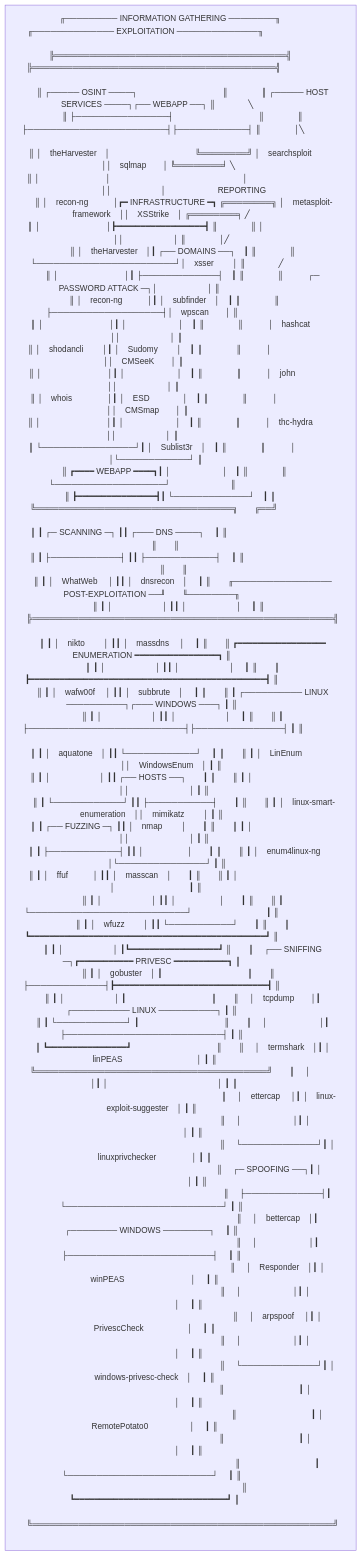
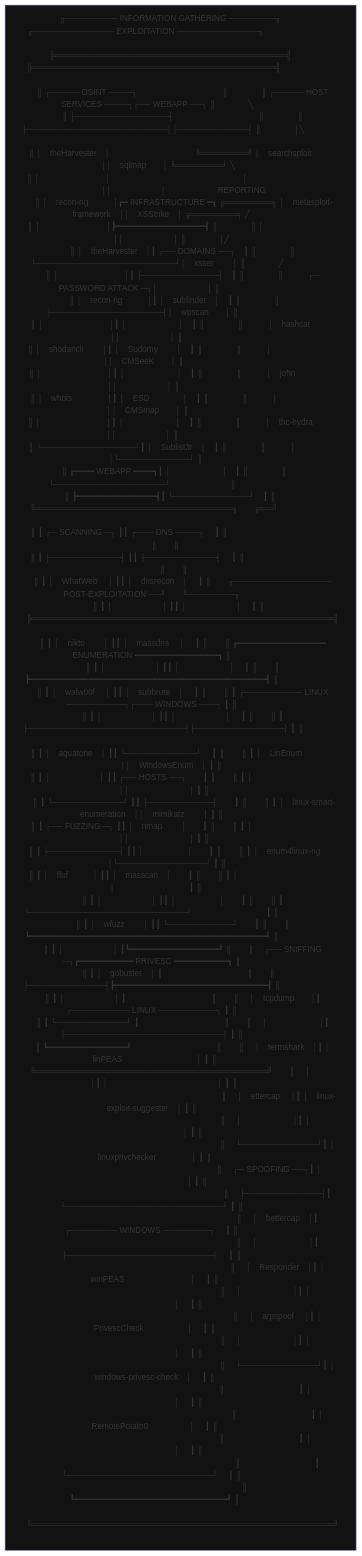
The diagram in README.md (Skalyaeve/a-process), drawn with Mermaid before and after one commit.

````diff
--- a/README.md
+++ b/README.md
@@ -1,64 +1,65 @@
 ```mermaid
 graph TD
 main[
 ⠀╓───────── INFORMATION GATHERING ────────╖ ⠀ ⠀ ⠀ ⠀╓────────────── EXPLOITATION ──────────────╖ ⠀ ⠀ ⠀ ⠀ ⠀ ⠀ ⠀ ⠀ ⠀ ⠀
 ⠀╠════════════════════════════════════════╣ ⠀ ⠀ ⠀ ⠀╠══════════════════════════════════════════╣ ⠀ ⠀ ⠀ ⠀ ⠀ ⠀ ⠀ ⠀ ⠀ ⠀
 ⠀║ ┌───── OSINT ────┐ ⠀ ⠀ ⠀ ⠀ ⠀ ⠀ ⠀ ⠀ ⠀ ⠀ ║ ⠀ ⠀ ⠀ ⠀║ ┌───── HOST SERVICES ────┐┌── WEBAPP ──┐ ║ ⠀ ⠀ ⠀ ⠀╲⠀ ⠀ ⠀ ⠀ ⠀ ⠀
 ⠀║ ├────────────────┤ ⠀ ⠀ ⠀ ⠀ ⠀ ⠀ ⠀ ⠀ ⠀ ⠀ ║ ⠀ ⠀ ⠀ ⠀║ ├────────────────────────┤├────────────┤ ║ ⠀ ⠀ ⠀ ⠀│╲ ⠀ ⠀ ⠀ ⠀ ⠀
 ⠀║ │ ⠀theHarvester ⠀│ ⠀ ⠀ ⠀ ⠀ ⠀ ⠀ ⠀ ⠀ ⠀ ⠀ ╚════════╝ │ ⠀searchsploit ⠀ ⠀ ⠀ ⠀ ⠀││ ⠀sqlmap ⠀ ⠀│ ╚════════╛ ╲⠀ ⠀ ⠀ ⠀ ⠀
 ⠀║ │ ⠀ ⠀ ⠀ ⠀ ⠀ ⠀ ⠀ ⠀│ ⠀ ⠀ ⠀ ⠀ ⠀ ⠀ ⠀ ⠀ ⠀ ⠀ ⠀ ⠀ ⠀ ⠀ ⠀ ⠀│ ⠀ ⠀ ⠀ ⠀ ⠀ ⠀ ⠀ ⠀ ⠀ ⠀ ⠀ ⠀││ ⠀ ⠀ ⠀ ⠀ ⠀ ⠀│ ⠀ ⠀ ⠀ ⠀ ⠀ ⠀ REPORTING
 ⠀║ │ ⠀recon-ng ⠀ ⠀ ⠀│┏━ INFRASTRUCTURE ━┓ ╔════════╗ │ ⠀metasploit-framework ⠀││ ⠀XSStrike ⠀│ ╔════════╕ ╱⠀ ⠀ ⠀ ⠀ ⠀
 ⠀║ │ ⠀ ⠀ ⠀ ⠀ ⠀ ⠀ ⠀ ⠀│┣━━━━━━━━━━━━━━━━━━┫ ║ ⠀ ⠀ ⠀ ⠀║ │ ⠀ ⠀ ⠀ ⠀ ⠀ ⠀ ⠀ ⠀ ⠀ ⠀ ⠀ ⠀││ ⠀ ⠀ ⠀ ⠀ ⠀ ⠀│ ║ ⠀ ⠀ ⠀ ⠀│╱ ⠀ ⠀ ⠀ ⠀ ⠀
 ⠀║ │ ⠀theHarvester ⠀│┃ ┌── DOMAINS ──┐ ⠀┃ ║ ⠀ ⠀ ⠀ ⠀║ └────────────────────────┘│ ⠀xsser ⠀ ⠀ │ ║ ⠀ ⠀ ⠀ ⠀╱⠀ ⠀ ⠀ ⠀ ⠀ ⠀
 ⠀║ │ ⠀ ⠀ ⠀ ⠀ ⠀ ⠀ ⠀ ⠀│┃ ├─────────────┤ ⠀┃ ║ ⠀ ⠀ ⠀ ⠀║ ⠀ ⠀ ⠀┌─ PASSWORD ATTACK ─┐│ ⠀ ⠀ ⠀ ⠀ ⠀ ⠀│ ║ ⠀ ⠀ ⠀ ⠀ ⠀ ⠀ ⠀ ⠀ ⠀ ⠀
 ⠀║ │ ⠀recon-ng ⠀ ⠀ ⠀│┃ │ ⠀subfinder ⠀│ ⠀┃ ║ ⠀ ⠀ ⠀ ⠀║ ⠀ ⠀ ⠀├───────────────────┤│ ⠀wpscan ⠀ ⠀│ ║ ⠀ ⠀ ⠀ ⠀ ⠀ ⠀ ⠀ ⠀ ⠀ ⠀
 ⠀║ │ ⠀ ⠀ ⠀ ⠀ ⠀ ⠀ ⠀ ⠀│┃ │ ⠀ ⠀ ⠀ ⠀ ⠀ ⠀ │ ⠀┃ ║ ⠀ ⠀ ⠀ ⠀║ ⠀ ⠀ ⠀│ ⠀hashcat ⠀ ⠀ ⠀ ⠀ ⠀││ ⠀ ⠀ ⠀ ⠀ ⠀ ⠀│ ║ ⠀ ⠀ ⠀ ⠀ ⠀ ⠀ ⠀ ⠀ ⠀ ⠀
 ⠀║ │ ⠀shodancli ⠀ ⠀ │┃ │ ⠀Sudomy ⠀ ⠀ │ ⠀┃ ║ ⠀ ⠀ ⠀ ⠀║ ⠀ ⠀ ⠀│ ⠀ ⠀ ⠀ ⠀ ⠀ ⠀ ⠀ ⠀ ⠀ ││ ⠀CMSeeK ⠀ ⠀│ ║ ⠀ ⠀ ⠀ ⠀ ⠀ ⠀ ⠀ ⠀ ⠀ ⠀
 ⠀║ │ ⠀ ⠀ ⠀ ⠀ ⠀ ⠀ ⠀ ⠀│┃ │ ⠀ ⠀ ⠀ ⠀ ⠀ ⠀ │ ⠀┃ ║ ⠀ ⠀ ⠀ ⠀║ ⠀ ⠀ ⠀│ ⠀john ⠀ ⠀ ⠀ ⠀ ⠀ ⠀ ││ ⠀ ⠀ ⠀ ⠀ ⠀ ⠀│ ║ ⠀ ⠀ ⠀ ⠀ ⠀ ⠀ ⠀ ⠀ ⠀ ⠀
 ⠀║ │ ⠀whois ⠀ ⠀ ⠀ ⠀ │┃ │ ⠀ESD ⠀ ⠀ ⠀ ⠀│ ⠀┃ ║ ⠀ ⠀ ⠀ ⠀║ ⠀ ⠀ ⠀│ ⠀ ⠀ ⠀ ⠀ ⠀ ⠀ ⠀ ⠀ ⠀ ││ ⠀CMSmap ⠀ ⠀│ ║ ⠀ ⠀ ⠀ ⠀ ⠀ ⠀ ⠀ ⠀ ⠀ ⠀
 ⠀║ │ ⠀ ⠀ ⠀ ⠀ ⠀ ⠀ ⠀ ⠀│┃ │ ⠀ ⠀ ⠀ ⠀ ⠀ ⠀ │ ⠀┃ ║ ⠀ ⠀ ⠀ ⠀║ ⠀ ⠀ ⠀│ ⠀thc-hydra ⠀ ⠀ ⠀ ⠀││ ⠀ ⠀ ⠀ ⠀ ⠀ ⠀│ ║ ⠀ ⠀ ⠀ ⠀ ⠀ ⠀ ⠀ ⠀ ⠀ ⠀
 ⠀║ └────────────────┘┃ │ ⠀Sublist3r ⠀│ ⠀┃ ║ ⠀ ⠀ ⠀ ⠀║ ⠀ ⠀ ⠀│ ⠀ ⠀ ⠀ ⠀ ⠀ ⠀ ⠀ ⠀ ⠀ │└────────────┘ ║ ⠀ ⠀ ⠀ ⠀ ⠀ ⠀ ⠀ ⠀ ⠀ ⠀
 ⠀║ ┏━━━━ WEBAPP ━━━━┓┃ │ ⠀ ⠀ ⠀ ⠀ ⠀ ⠀ │ ⠀┃ ║ ⠀ ⠀ ⠀ ⠀║ ⠀ ⠀ ⠀└───────────────────┘ ⠀ ⠀ ⠀ ⠀ ⠀ ⠀ ⠀ ║ ⠀ ⠀ ⠀ ⠀ ⠀ ⠀ ⠀ ⠀ ⠀ ⠀
 ⠀║ ┣━━━━━━━━━━━━━━━━┫┃ └─────────────┘ ⠀┃ ║ ⠀ ⠀ ⠀ ⠀╚══════════════════════════════════╗ ⠀ ⠀╔══╝ ⠀ ⠀ ⠀ ⠀ ⠀ ⠀ ⠀ ⠀ ⠀ ⠀
 ⠀║ ┃ ┌─ SCANNING ─┐ ┃┃ ┌─── DNS ────┐ ⠀ ┃ ║ ⠀ ⠀ ⠀ ⠀ ⠀ ⠀ ⠀ ⠀ ⠀ ⠀ ⠀ ⠀ ⠀ ⠀ ⠀ ⠀ ⠀ ⠀ ⠀ ⠀ ⠀ ║ ⠀ ⠀║⠀ ⠀ ⠀ ⠀ ⠀ ⠀ ⠀ ⠀ ⠀ ⠀ ⠀ ⠀
 ⠀║ ┃ ├────────────┤ ┃┃ ├────────────┤ ⠀ ┃ ║ ⠀ ⠀ ⠀ ⠀ ⠀ ⠀ ⠀ ⠀ ⠀ ⠀ ⠀ ⠀ ⠀ ⠀ ⠀ ⠀ ⠀ ⠀ ⠀ ⠀ ⠀ ║ ⠀ ⠀║⠀ ⠀ ⠀ ⠀ ⠀ ⠀ ⠀ ⠀ ⠀ ⠀ ⠀ ⠀
 ⠀║ ┃ │ ⠀WhatWeb ⠀ │ ┃┃ │ ⠀dnsrecon ⠀│ ⠀ ┃ ║ ⠀ ⠀╓───────────────── POST-EXPLOITATION ──╜ ⠀ ⠀╙────────╖ ⠀ ⠀ ⠀ ⠀ ⠀ ⠀ ⠀
 ⠀║ ┃ │ ⠀ ⠀ ⠀ ⠀ ⠀ ⠀│ ┃┃ │ ⠀ ⠀ ⠀ ⠀ ⠀ ⠀│ ⠀ ┃ ║ ⠀ ⠀╠════════════════════════════════════════════════════╣ ⠀ ⠀ ⠀ ⠀ ⠀ ⠀ ⠀
 ⠀║ ┃ │ ⠀nikto ⠀ ⠀ │ ┃┃ │ ⠀massdns ⠀ │ ⠀ ┃ ║ ⠀ ⠀║ ┏━━━━━━━━━━━━━━━━━━ ENUMERATION ━━━━━━━━━━━━━━━━━┓ ║ ⠀ ⠀ ⠀ ⠀ ⠀ ⠀ ⠀
 ⠀║ ┃ │ ⠀ ⠀ ⠀ ⠀ ⠀ ⠀│ ┃┃ │ ⠀ ⠀ ⠀ ⠀ ⠀ ⠀│ ⠀ ┃ ║ ⠀ ⠀║ ┣━━━━━━━━━━━━━━━━━━━━━━━━━━━━━━━━━━━━━━━━━━━━━━━━┫ ║ ⠀ ⠀ ⠀ ⠀ ⠀ ⠀ ⠀
 ⠀║ ┃ │ ⠀wafw00f ⠀ │ ┃┃ │ ⠀subbrute ⠀│ ⠀ ┃ ║ ⠀ ⠀║ ┃ ┌────────── LINUX ──────────┐┌─── WINDOWS ───┐ ┃ ║ ⠀ ⠀ ⠀ ⠀ ⠀ ⠀ ⠀
 ⠀║ ┃ │ ⠀ ⠀ ⠀ ⠀ ⠀ ⠀│ ┃┃ │ ⠀ ⠀ ⠀ ⠀ ⠀ ⠀│ ⠀ ┃ ║ ⠀ ⠀║ ┃ ├───────────────────────────┤├───────────────┤ ┃ ║ ⠀ ⠀ ⠀ ⠀ ⠀ ⠀ ⠀
 ⠀║ ┃ │ ⠀aquatone ⠀│ ┃┃ └────────────┘ ⠀ ┃ ║ ⠀ ⠀║ ┃ │ ⠀LinEnum ⠀ ⠀ ⠀ ⠀ ⠀ ⠀ ⠀ ⠀ ⠀││ ⠀WindowsEnum ⠀│ ┃ ║ ⠀ ⠀ ⠀ ⠀ ⠀ ⠀ ⠀
 ⠀║ ┃ │ ⠀ ⠀ ⠀ ⠀ ⠀ ⠀│ ┃┃ ┌── HOSTS ──┐ ⠀ ⠀┃ ║ ⠀ ⠀║ ┃ │ ⠀ ⠀ ⠀ ⠀ ⠀ ⠀ ⠀ ⠀ ⠀ ⠀ ⠀ ⠀ ⠀ ││ ⠀ ⠀ ⠀ ⠀ ⠀ ⠀ ⠀ │ ┃ ║ ⠀ ⠀ ⠀ ⠀ ⠀ ⠀ ⠀
 ⠀║ ┃ └────────────┘ ┃┃ ├───────────┤ ⠀ ⠀┃ ║ ⠀ ⠀║ ┃ │ ⠀linux-smart-enumeration ⠀││ ⠀mimikatz ⠀ ⠀ │ ┃ ║ ⠀ ⠀ ⠀ ⠀ ⠀ ⠀ ⠀
 ⠀║ ┃ ┌── FUZZING ─┐ ┃┃ │ ⠀nmap ⠀ ⠀ │ ⠀ ⠀┃ ║ ⠀ ⠀║ ┃ │ ⠀ ⠀ ⠀ ⠀ ⠀ ⠀ ⠀ ⠀ ⠀ ⠀ ⠀ ⠀ ⠀ ││ ⠀ ⠀ ⠀ ⠀ ⠀ ⠀ ⠀ │ ┃ ║ ⠀ ⠀ ⠀ ⠀ ⠀ ⠀ ⠀
 ⠀║ ┃ ├────────────┤ ┃┃ │ ⠀ ⠀ ⠀ ⠀ ⠀ │ ⠀ ⠀┃ ║ ⠀ ⠀║ ┃ │ ⠀enum4linux-ng ⠀ ⠀ ⠀ ⠀ ⠀ ⠀│└───────────────┘ ┃ ║ ⠀ ⠀ ⠀ ⠀ ⠀ ⠀ ⠀
 ⠀║ ┃ │ ⠀ffuf ⠀ ⠀ ⠀│ ┃┃ │ ⠀masscan ⠀│ ⠀ ⠀┃ ║ ⠀ ⠀║ ┃ │ ⠀ ⠀ ⠀ ⠀ ⠀ ⠀ ⠀ ⠀ ⠀ ⠀ ⠀ ⠀ ⠀ │ ⠀ ⠀ ⠀ ⠀ ⠀ ⠀ ⠀ ⠀ ⠀┃ ║ ⠀ ⠀ ⠀ ⠀ ⠀ ⠀ ⠀
 ⠀║ ┃ │ ⠀ ⠀ ⠀ ⠀ ⠀ ⠀│ ┃┃ │ ⠀ ⠀ ⠀ ⠀ ⠀ │ ⠀ ⠀┃ ║ ⠀ ⠀║ ┃ └───────────────────────────┘ ⠀ ⠀ ⠀ ⠀ ⠀ ⠀ ⠀ ⠀ ⠀┃ ║ ⠀ ⠀ ⠀ ⠀ ⠀ ⠀ ⠀
 ⠀║ ┃ │ ⠀wfuzz ⠀ ⠀ │ ┃┃ └───────────┘ ⠀ ⠀┃ ║ ⠀ ⠀║ ┗━━━━━━━━━━━━━━━━━━━━━━━━━━━━━━━━━━━━━━━━━━━━━━━━┛ ║ ⠀ ⠀ ⠀ ⠀ ⠀ ⠀ ⠀
 ⠀║ ┃ │ ⠀ ⠀ ⠀ ⠀ ⠀ ⠀│ ┃┗━━━━━━━━━━━━━━━━━━┛ ║ ⠀ ⠀║ ⠀ ┌── SNIFFING ─┐┏━━━━━━━━━━━ PRIVESC ━━━━━━━━━━━┓ ║ ⠀ ⠀ ⠀ ⠀ ⠀ ⠀ ⠀
 ⠀║ ┃ │ ⠀gobuster ⠀│ ┃ ⠀ ⠀ ⠀ ⠀ ⠀ ⠀ ⠀ ⠀ ⠀ ⠀ ║ ⠀ ⠀║ ⠀ ├─────────────┤┣━━━━━━━━━━━━━━━━━━━━━━━━━━━━━━━┫ ║ ⠀ ⠀ ⠀ ⠀ ⠀ ⠀ ⠀
 ⠀║ ┃ │ ⠀ ⠀ ⠀ ⠀ ⠀ ⠀│ ┃ ⠀ ⠀ ⠀ ⠀ ⠀ ⠀ ⠀ ⠀ ⠀ ⠀ ║ ⠀ ⠀║ ⠀ │ ⠀tcpdump ⠀ ⠀│┃ ┌────────── LINUX ──────────┐ ┃ ║ ⠀ ⠀ ⠀ ⠀ ⠀ ⠀ ⠀
 ⠀║ ┃ └────────────┘ ┃ ⠀ ⠀ ⠀ ⠀ ⠀ ⠀ ⠀ ⠀ ⠀ ⠀ ║ ⠀ ⠀║ ⠀ │ ⠀ ⠀ ⠀ ⠀ ⠀ ⠀ │┃ ├───────────────────────────┤ ┃ ║ ⠀ ⠀ ⠀ ⠀ ⠀ ⠀ ⠀
 ⠀║ ┗━━━━━━━━━━━━━━━━┛ ⠀ ⠀ ⠀ ⠀ ⠀ ⠀ ⠀ ⠀ ⠀ ⠀ ║ ⠀ ⠀║ ⠀ │ ⠀termshark ⠀│┃ │ ⠀linPEAS ⠀ ⠀ ⠀ ⠀ ⠀ ⠀ ⠀ ⠀ ⠀│ ┃ ║ ⠀ ⠀ ⠀ ⠀ ⠀ ⠀ ⠀
 ⠀╚════════════════════════════════════════╝ ⠀ ⠀║ ⠀ │ ⠀ ⠀ ⠀ ⠀ ⠀ ⠀ │┃ │ ⠀ ⠀ ⠀ ⠀ ⠀ ⠀ ⠀ ⠀ ⠀ ⠀ ⠀ ⠀ ⠀ │ ┃ ║ ⠀ ⠀ ⠀ ⠀ ⠀ ⠀ ⠀
 ⠀ ⠀ ⠀ ⠀ ⠀ ⠀ ⠀ ⠀ ⠀ ⠀ ⠀ ⠀ ⠀ ⠀ ⠀ ⠀ ⠀ ⠀ ⠀ ⠀ ⠀ ⠀ ⠀ ⠀║ ⠀ │ ⠀ettercap ⠀ │┃ │ ⠀linux-exploit-suggester ⠀│ ┃ ║ ⠀ ⠀ ⠀ ⠀ ⠀ ⠀ ⠀
 ⠀ ⠀ ⠀ ⠀ ⠀ ⠀ ⠀ ⠀ ⠀ ⠀ ⠀ ⠀ ⠀ ⠀ ⠀ ⠀ ⠀ ⠀ ⠀ ⠀ ⠀ ⠀ ⠀ ⠀║ ⠀ │ ⠀ ⠀ ⠀ ⠀ ⠀ ⠀ │┃ │ ⠀ ⠀ ⠀ ⠀ ⠀ ⠀ ⠀ ⠀ ⠀ ⠀ ⠀ ⠀ ⠀ │ ┃ ║ ⠀ ⠀ ⠀ ⠀ ⠀ ⠀ ⠀
 ⠀ ⠀ ⠀ ⠀ ⠀ ⠀ ⠀ ⠀ ⠀ ⠀ ⠀ ⠀ ⠀ ⠀ ⠀ ⠀ ⠀ ⠀ ⠀ ⠀ ⠀ ⠀ ⠀ ⠀║ ⠀ └─────────────┘┃ │ ⠀linuxprivchecker ⠀ ⠀ ⠀ ⠀ │ ┃ ║ ⠀ ⠀ ⠀ ⠀ ⠀ ⠀ ⠀
 ⠀ ⠀ ⠀ ⠀ ⠀ ⠀ ⠀ ⠀ ⠀ ⠀ ⠀ ⠀ ⠀ ⠀ ⠀ ⠀ ⠀ ⠀ ⠀ ⠀ ⠀ ⠀ ⠀ ⠀║ ⠀ ┌─ SPOOFING ──┐┃ │ ⠀ ⠀ ⠀ ⠀ ⠀ ⠀ ⠀ ⠀ ⠀ ⠀ ⠀ ⠀ ⠀ │ ┃ ║ ⠀ ⠀ ⠀ ⠀ ⠀ ⠀ ⠀
 ⠀ ⠀ ⠀ ⠀ ⠀ ⠀ ⠀ ⠀ ⠀ ⠀ ⠀ ⠀ ⠀ ⠀ ⠀ ⠀ ⠀ ⠀ ⠀ ⠀ ⠀ ⠀ ⠀ ⠀║ ⠀ ├─────────────┤┃ └───────────────────────────┘ ┃ ║ ⠀ ⠀ ⠀ ⠀ ⠀ ⠀ ⠀
 ⠀ ⠀ ⠀ ⠀ ⠀ ⠀ ⠀ ⠀ ⠀ ⠀ ⠀ ⠀ ⠀ ⠀ ⠀ ⠀ ⠀ ⠀ ⠀ ⠀ ⠀ ⠀ ⠀ ⠀║ ⠀ │ ⠀bettercap ⠀│┃ ┌──────── WINDOWS ────────┐ ⠀ ┃ ║ ⠀ ⠀ ⠀ ⠀ ⠀ ⠀ ⠀
 ⠀ ⠀ ⠀ ⠀ ⠀ ⠀ ⠀ ⠀ ⠀ ⠀ ⠀ ⠀ ⠀ ⠀ ⠀ ⠀ ⠀ ⠀ ⠀ ⠀ ⠀ ⠀ ⠀ ⠀║ ⠀ │ ⠀ ⠀ ⠀ ⠀ ⠀ ⠀ │┃ ├─────────────────────────┤ ⠀ ┃ ║ ⠀ ⠀ ⠀ ⠀ ⠀ ⠀ ⠀
 ⠀ ⠀ ⠀ ⠀ ⠀ ⠀ ⠀ ⠀ ⠀ ⠀ ⠀ ⠀ ⠀ ⠀ ⠀ ⠀ ⠀ ⠀ ⠀ ⠀ ⠀ ⠀ ⠀ ⠀║ ⠀ │ ⠀Responder ⠀│┃ │ ⠀winPEAS ⠀ ⠀ ⠀ ⠀ ⠀ ⠀ ⠀ ⠀│ ⠀ ┃ ║ ⠀ ⠀ ⠀ ⠀ ⠀ ⠀ ⠀
 ⠀ ⠀ ⠀ ⠀ ⠀ ⠀ ⠀ ⠀ ⠀ ⠀ ⠀ ⠀ ⠀ ⠀ ⠀ ⠀ ⠀ ⠀ ⠀ ⠀ ⠀ ⠀ ⠀ ⠀║ ⠀ │ ⠀ ⠀ ⠀ ⠀ ⠀ ⠀ │┃ │ ⠀ ⠀ ⠀ ⠀ ⠀ ⠀ ⠀ ⠀ ⠀ ⠀ ⠀ ⠀ │ ⠀ ┃ ║ ⠀ ⠀ ⠀ ⠀ ⠀ ⠀ ⠀
 ⠀ ⠀ ⠀ ⠀ ⠀ ⠀ ⠀ ⠀ ⠀ ⠀ ⠀ ⠀ ⠀ ⠀ ⠀ ⠀ ⠀ ⠀ ⠀ ⠀ ⠀ ⠀ ⠀ ⠀║ ⠀ │ ⠀arpspoof ⠀ │┃ │ ⠀PrivescCheck ⠀ ⠀ ⠀ ⠀ ⠀ │ ⠀ ┃ ║ ⠀ ⠀ ⠀ ⠀ ⠀ ⠀ ⠀
 ⠀ ⠀ ⠀ ⠀ ⠀ ⠀ ⠀ ⠀ ⠀ ⠀ ⠀ ⠀ ⠀ ⠀ ⠀ ⠀ ⠀ ⠀ ⠀ ⠀ ⠀ ⠀ ⠀ ⠀║ ⠀ │ ⠀ ⠀ ⠀ ⠀ ⠀ ⠀ │┃ │ ⠀ ⠀ ⠀ ⠀ ⠀ ⠀ ⠀ ⠀ ⠀ ⠀ ⠀ ⠀ │ ⠀ ┃ ║ ⠀ ⠀ ⠀ ⠀ ⠀ ⠀ ⠀
 ⠀ ⠀ ⠀ ⠀ ⠀ ⠀ ⠀ ⠀ ⠀ ⠀ ⠀ ⠀ ⠀ ⠀ ⠀ ⠀ ⠀ ⠀ ⠀ ⠀ ⠀ ⠀ ⠀ ⠀║ ⠀ └─────────────┘┃ │ ⠀windows-privesc-check ⠀│ ⠀ ┃ ║ ⠀ ⠀ ⠀ ⠀ ⠀ ⠀ ⠀
 ⠀ ⠀ ⠀ ⠀ ⠀ ⠀ ⠀ ⠀ ⠀ ⠀ ⠀ ⠀ ⠀ ⠀ ⠀ ⠀ ⠀ ⠀ ⠀ ⠀ ⠀ ⠀ ⠀ ⠀║ ⠀ ⠀ ⠀ ⠀ ⠀ ⠀ ⠀ ⠀ ⠀┃ │ ⠀ ⠀ ⠀ ⠀ ⠀ ⠀ ⠀ ⠀ ⠀ ⠀ ⠀ ⠀ │ ⠀ ┃ ║ ⠀ ⠀ ⠀ ⠀ ⠀ ⠀ ⠀
 ⠀ ⠀ ⠀ ⠀ ⠀ ⠀ ⠀ ⠀ ⠀ ⠀ ⠀ ⠀ ⠀ ⠀ ⠀ ⠀ ⠀ ⠀ ⠀ ⠀ ⠀ ⠀ ⠀ ⠀║ ⠀ ⠀ ⠀ ⠀ ⠀ ⠀ ⠀ ⠀ ⠀┃ │ ⠀RemotePotato0 ⠀ ⠀ ⠀ ⠀ ⠀│ ⠀ ┃ ║ ⠀ ⠀ ⠀ ⠀ ⠀ ⠀ ⠀
 ⠀ ⠀ ⠀ ⠀ ⠀ ⠀ ⠀ ⠀ ⠀ ⠀ ⠀ ⠀ ⠀ ⠀ ⠀ ⠀ ⠀ ⠀ ⠀ ⠀ ⠀ ⠀ ⠀ ⠀║ ⠀ ⠀ ⠀ ⠀ ⠀ ⠀ ⠀ ⠀ ⠀┃ │ ⠀ ⠀ ⠀ ⠀ ⠀ ⠀ ⠀ ⠀ ⠀ ⠀ ⠀ ⠀ │ ⠀ ┃ ║ ⠀ ⠀ ⠀ ⠀ ⠀ ⠀ ⠀
 ⠀ ⠀ ⠀ ⠀ ⠀ ⠀ ⠀ ⠀ ⠀ ⠀ ⠀ ⠀ ⠀ ⠀ ⠀ ⠀ ⠀ ⠀ ⠀ ⠀ ⠀ ⠀ ⠀ ⠀║ ⠀ ⠀ ⠀ ⠀ ⠀ ⠀ ⠀ ⠀ ⠀┃ └─────────────────────────┘ ⠀ ┃ ║ ⠀ ⠀ ⠀ ⠀ ⠀ ⠀ ⠀
 ⠀ ⠀ ⠀ ⠀ ⠀ ⠀ ⠀ ⠀ ⠀ ⠀ ⠀ ⠀ ⠀ ⠀ ⠀ ⠀ ⠀ ⠀ ⠀ ⠀ ⠀ ⠀ ⠀ ⠀║ ⠀ ⠀ ⠀ ⠀ ⠀ ⠀ ⠀ ⠀ ⠀┗━━━━━━━━━━━━━━━━━━━━━━━━━━━━━━━┛ ║ ⠀ ⠀ ⠀ ⠀ ⠀ ⠀ ⠀
 ⠀ ⠀ ⠀ ⠀ ⠀ ⠀ ⠀ ⠀ ⠀ ⠀ ⠀ ⠀ ⠀ ⠀ ⠀ ⠀ ⠀ ⠀ ⠀ ⠀ ⠀ ⠀ ⠀ ⠀╚════════════════════════════════════════════════════╝ ⠀ ⠀ ⠀ ⠀ ⠀ ⠀ ⠀
 ]
+style main fill:#121212
 ```
````
